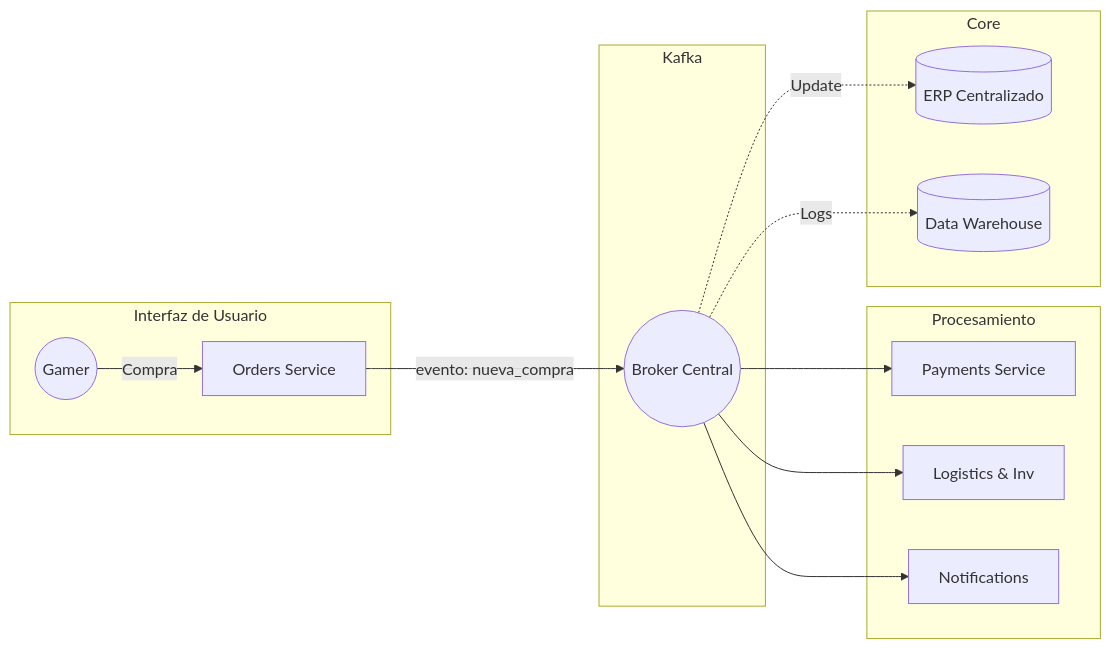
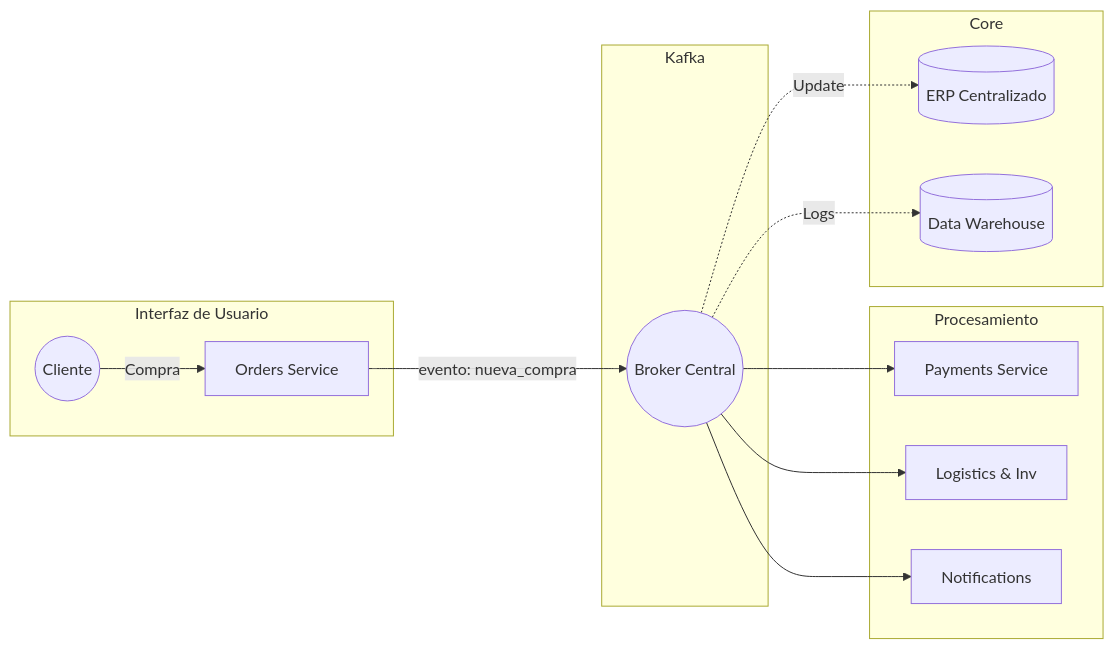
One commit to jefroMMM/-S3-Brief-Ejecutivo-T-cnico changed the diagram in docs/brief.md. Above: the diagram before and after it, drawn with Mermaid. The commit also changed other lines of this file and 1794 other files, not shown here.

First line of the commit message:
Creación de docker comose, los dos microservicios, readme actualizado, diagramas agregados en .md

````diff
--- a/docs/brief.md
+++ b/docs/brief.md
@@ -19,23 +18,23 @@
 ```mermaid
 graph LR
     subgraph App_Movil [Interfaz de Usuario]
-        User((Gamer)) -->|Compra| OS[Orders Service]
+        User((Cliente)) -->|Compra| OS[Orders Service]
     end
 
     subgraph Bus_Eventos [Kafka]
         K((Broker Central))
     end
 
     OS -->|evento: nueva_compra| K
 
     subgraph Servicios_Satelite [Procesamiento]
         K --> PAY[Payments Service]
         K --> LOG[Logistics & Inv]
         K --> NOT[Notifications]
     end
 
     subgraph Respaldo [Core]
         K -.->|Update| ERP[(ERP Centralizado)]
         K -.->|Logs| BI[(Data Warehouse)]
     end
 ```
````
